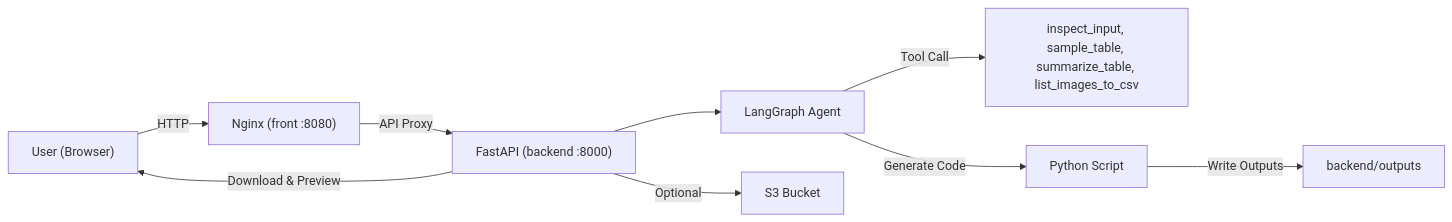
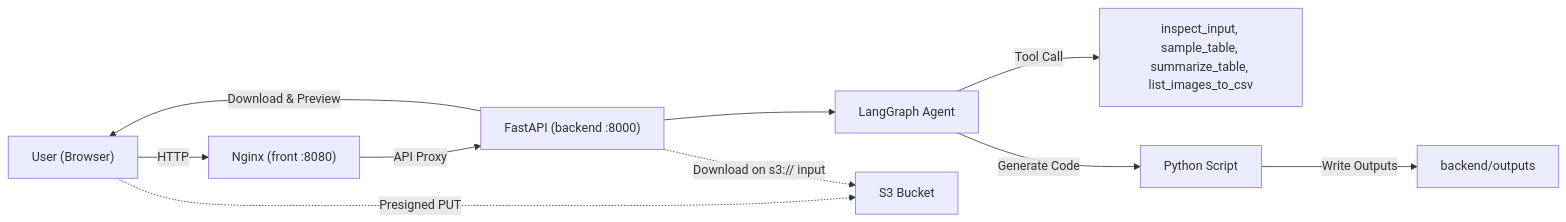
One commit to sonsukwoo/Data_preprocessing_auto changed the first of 2 diagrams in README.md. Above: the diagram before and after it, drawn with Mermaid. The commit also changed 1 other file, not shown here.

Commit message:
결과물이 계속 output 폴더에  남아있는 이슈 수정

````diff
--- a/README.md
+++ b/README.md
@@ -95,13 +95,15 @@
 ```mermaid
 flowchart LR
   U["User (Browser)"] -->|"HTTP"| N["Nginx (front :8080)"]
   N -->|"API Proxy"| A["FastAPI (backend :8000)"]
   A --> G["LangGraph Agent"]
 
   G -->|"Tool Call"| T["inspect_input, sample_table, summarize_table, list_images_to_csv"]
   G -->|"Generate Code"| P["Python Script"]
 
   P -->|"Write Outputs"| O["backend/outputs"]
   A -->|"Download & Preview"| U
-  A -->|"Optional"| S3["S3 Bucket"]
+  %% Optional S3 flow
+  U -. "Presigned PUT" .-> S3["S3 Bucket"]
+  A -. "Download on s3:// input" .-> S3
 ```
````
